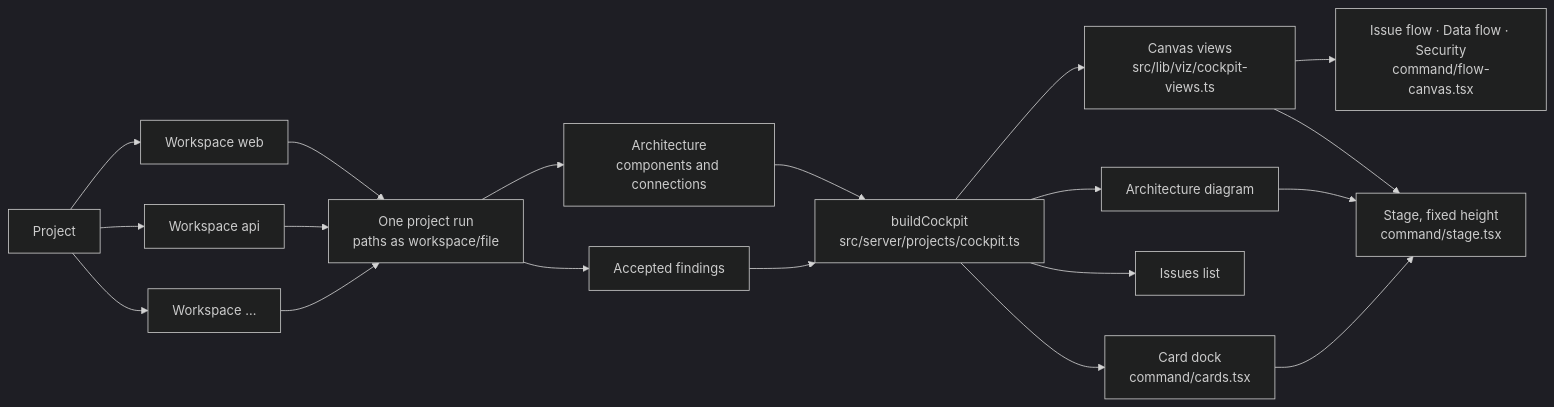
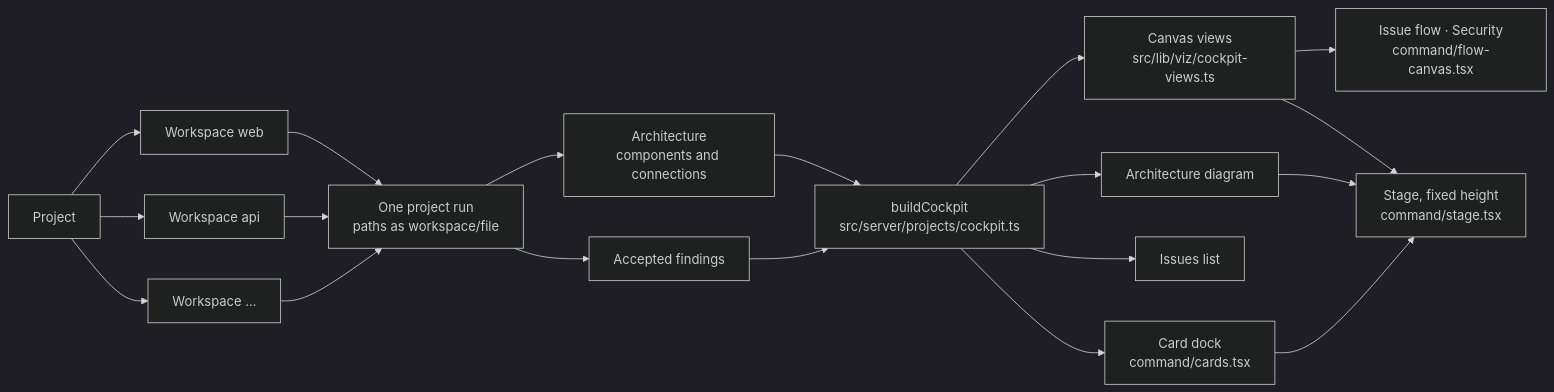
One commit to rvren/windtunnel changed the eighth of 10 diagrams in docs/architecture.md. Above: the diagram before and after it, drawn with Mermaid (dark theme). The commit also changed other lines of this file and 11 other files, not shown here.

First line of the commit message:
Cockpit: every workspace shown, no Data flow, nothing out of reach

````diff
--- a/docs/architecture.md
+++ b/docs/architecture.md
@@ -283,14 +283,14 @@
 ```mermaid
 flowchart LR
   p["Project"] --> w1["Workspace web"] & w2["Workspace api"] & w3["Workspace …"]
   w1 & w2 & w3 --> run["One project run<br/>paths as workspace/file"]
   run --> arch["Architecture<br/>components and connections"]
   run --> groups["Accepted findings"]
   arch & groups --> c["buildCockpit<br/>src/server/projects/cockpit.ts"]
   c --> v["Canvas views<br/>src/lib/viz/cockpit-views.ts"]
-  v --> s["Issue flow · Data flow · Security<br/>command/flow-canvas.tsx"]
+  v --> s["Issue flow · Security<br/>command/flow-canvas.tsx"]
   c --> d["Architecture diagram"]
   c --> i["Issues list"]
   c --> n["Card dock<br/>command/cards.tsx"]
   v & d & n --> st["Stage, fixed height<br/>command/stage.tsx"]
 ```
````
